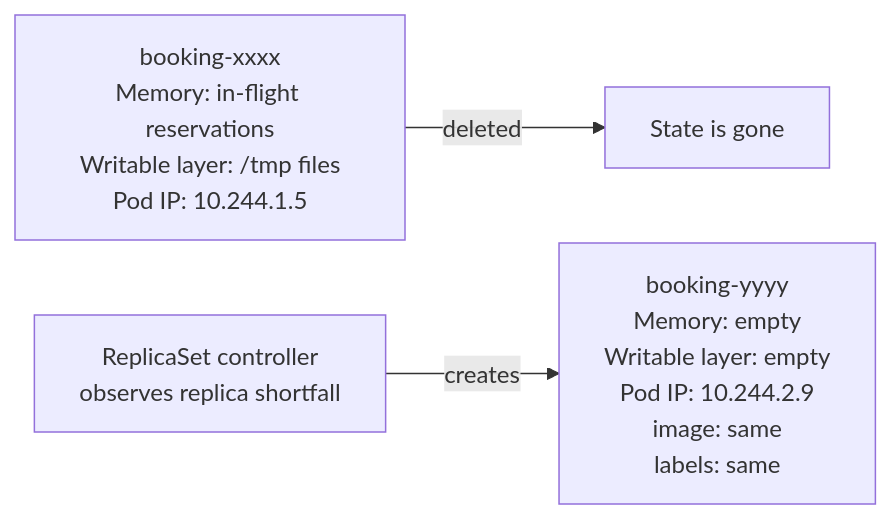
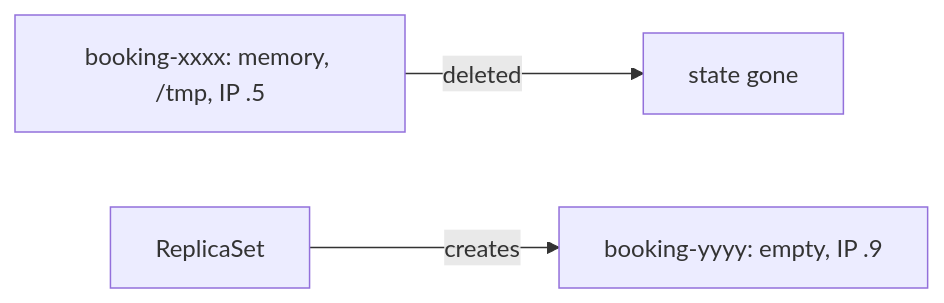
One commit to darshan-raul/apollo11-docs changed the diagram in docs/learn/workloads/ephemeral-state.md. Above: the diagram before and after it, drawn with Mermaid. The commit also changed other lines of this file and 55 other files, not shown here.

````diff
--- a/docs/learn/workloads/ephemeral-state.md
+++ b/docs/learn/workloads/ephemeral-state.md
@@ -29,5 +20,5 @@
-~~~mermaid
+```mermaid
 flowchart LR
-  OldPod["booking-xxxx\nMemory: in-flight reservations\nWritable layer: /tmp files\nPod IP: 10.244.1.5"] -->|deleted| Gone["State is gone"]
-  Controller["ReplicaSet controller\nobserves replica shortfall"] -->|creates| NewPod["booking-yyyy\nMemory: empty\nWritable layer: empty\nPod IP: 10.244.2.9\nimage: same\nlabels: same"]
-~~~
+  Old[booking-xxxx: memory, /tmp, IP .5] -->|deleted| Gone[state gone]
+  RS[ReplicaSet] -->|creates| New[booking-yyyy: empty, IP .9]
+```
````
